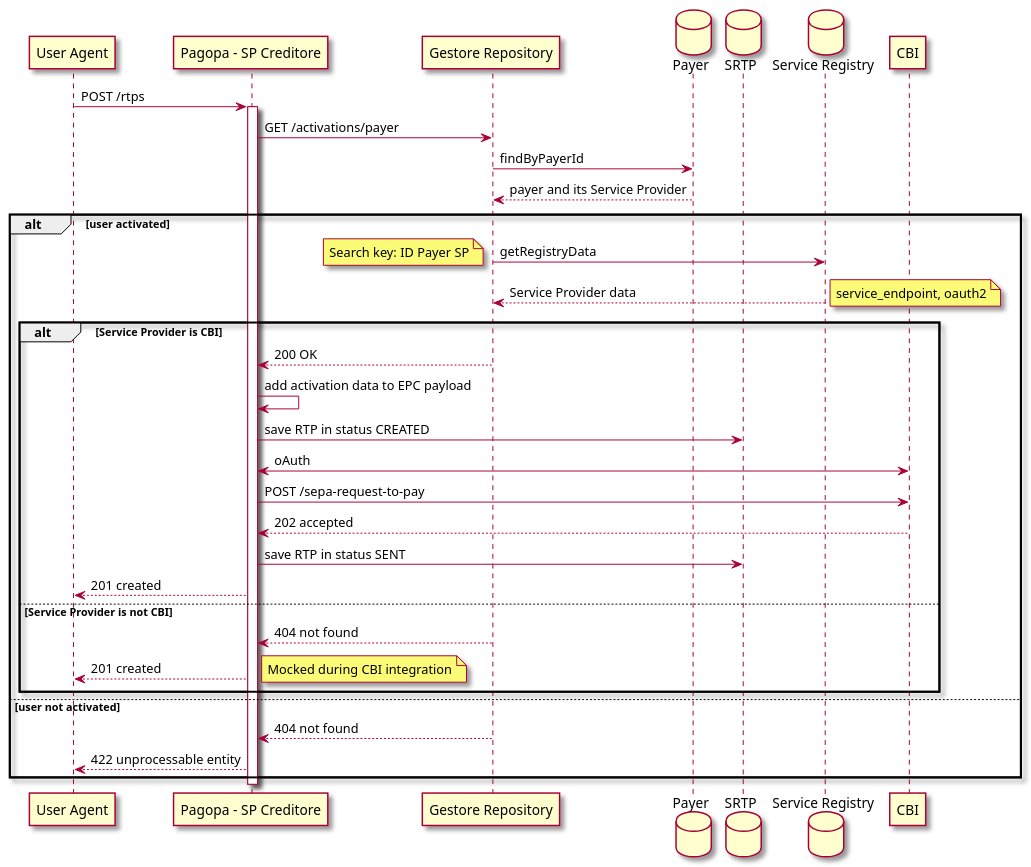
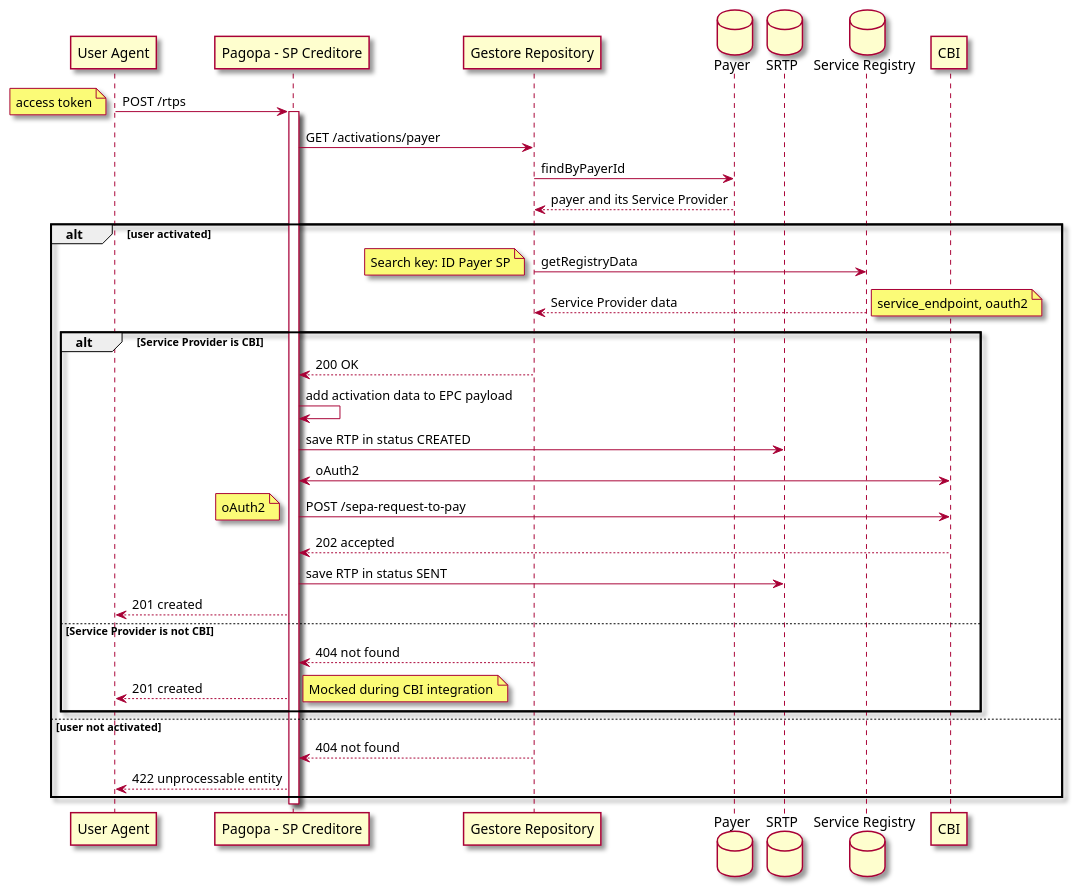
The diagram in diagrams/send.puml (pagopa/rtp-docs), drawn with PlantUML before and after one commit.

Commit message:
[SRTP-301] add authorization notes

```diff
--- a/diagrams/send.puml
+++ b/diagrams/send.puml
@@ -1,57 +1,59 @@
 @startuml
 
 skin rose
 participant "User Agent" as UA
 participant "Pagopa - SP Creditore" as SPC
 participant "Gestore Repository" as GR
 database "Payer" as Payer
 database "SRTP" as SRTP
 database "Service Registry" as SR
 participant "CBI" as SPD
 
 UA -> SPC: POST /rtps
+note left: access token
 activate SPC
 
 
 SPC -> GR: GET /activations/payer
 GR -> Payer: findByPayerId
 Payer --> GR: payer and its Service Provider
 
 alt user activated
 GR -> SR: getRegistryData
 note left: Search key: ID Payer SP
 
 SR --> GR: Service Provider data
 note right: service_endpoint, oauth2
 
 alt Service Provider is CBI
 GR --> SPC: 200 OK
 
 SPC -> SPC: add activation data to EPC payload
 
 SPC -> SRTP: save RTP in status CREATED
 
-SPC <-> SPD: oAuth
+SPC <-> SPD: oAuth2
 
 SPC -> SPD: POST /sepa-request-to-pay
+note left: oAuth2
 
 SPD --> SPC: 202 accepted
 SPC -> SRTP: save RTP in status SENT
 SPC --> UA: 201 created
 
 else Service Provider is not CBI
 GR --> SPC: 404 not found
 
 SPC --> UA: 201 created
 note right: Mocked during CBI integration
 
 end
 
 else user not activated
 GR --> SPC: 404 not found
 SPC --> UA: 422 unprocessable entity
 end
 
 deactivate SPC
 
 @enduml
```
